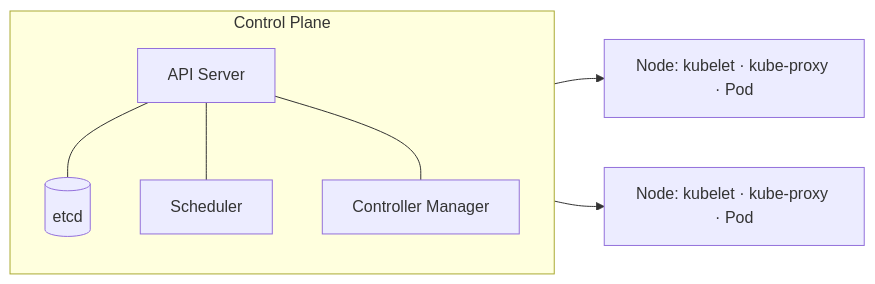
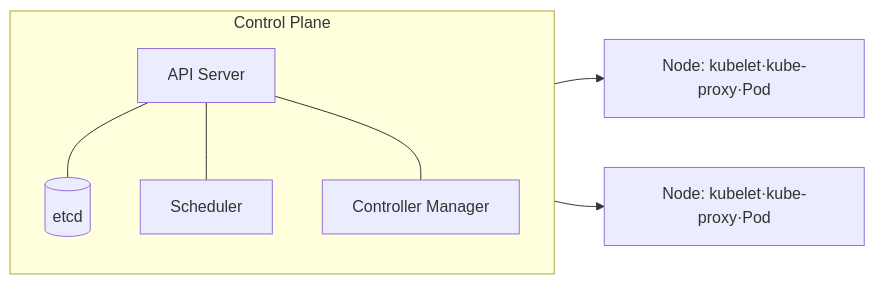
Before and after one commit to coninggu/wjdqhrhksflrltnftk: the diagram in content/kubernetes.md, drawn with Mermaid. The commit also changed other lines of this file and 19 other files, not shown here.

````diff
--- a/content/kubernetes.md
+++ b/content/kubernetes.md
@@ -13,10 +17,10 @@
 ```mermaid
 flowchart LR
   subgraph CP[Control Plane]
     API[API Server] --- ETCD[(etcd)]
     API --- SCH[Scheduler]
     API --- CM[Controller Manager]
   end
-  CP --> N1[Node: kubelet · kube-proxy · Pod]
-  CP --> N2[Node: kubelet · kube-proxy · Pod]
+  CP --> N1[Node: kubelet·kube-proxy·Pod]
+  CP --> N2[Node: kubelet·kube-proxy·Pod]
 ```
````
